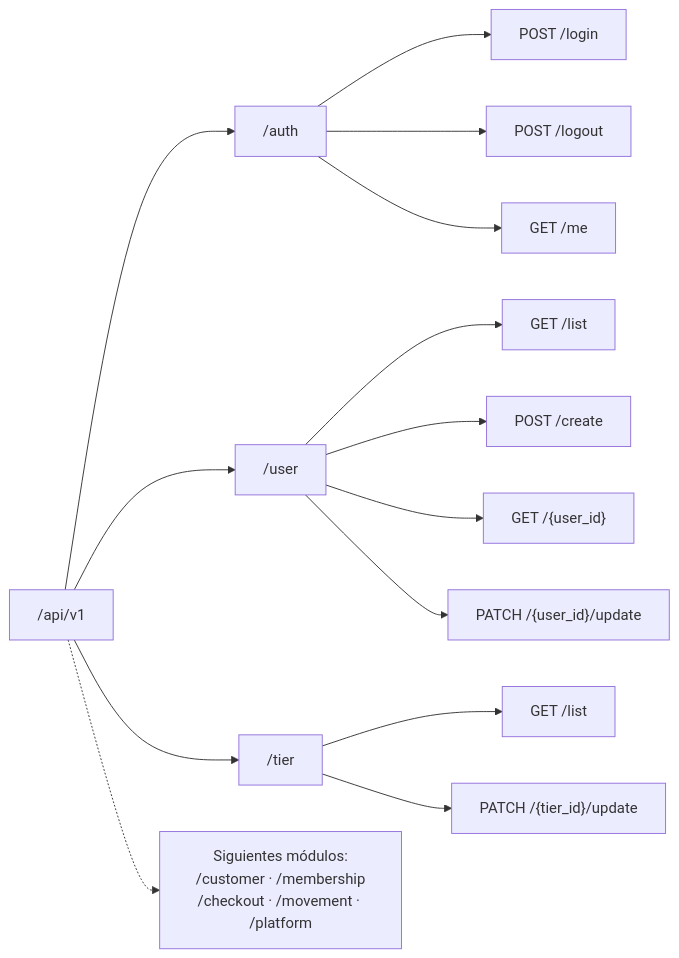
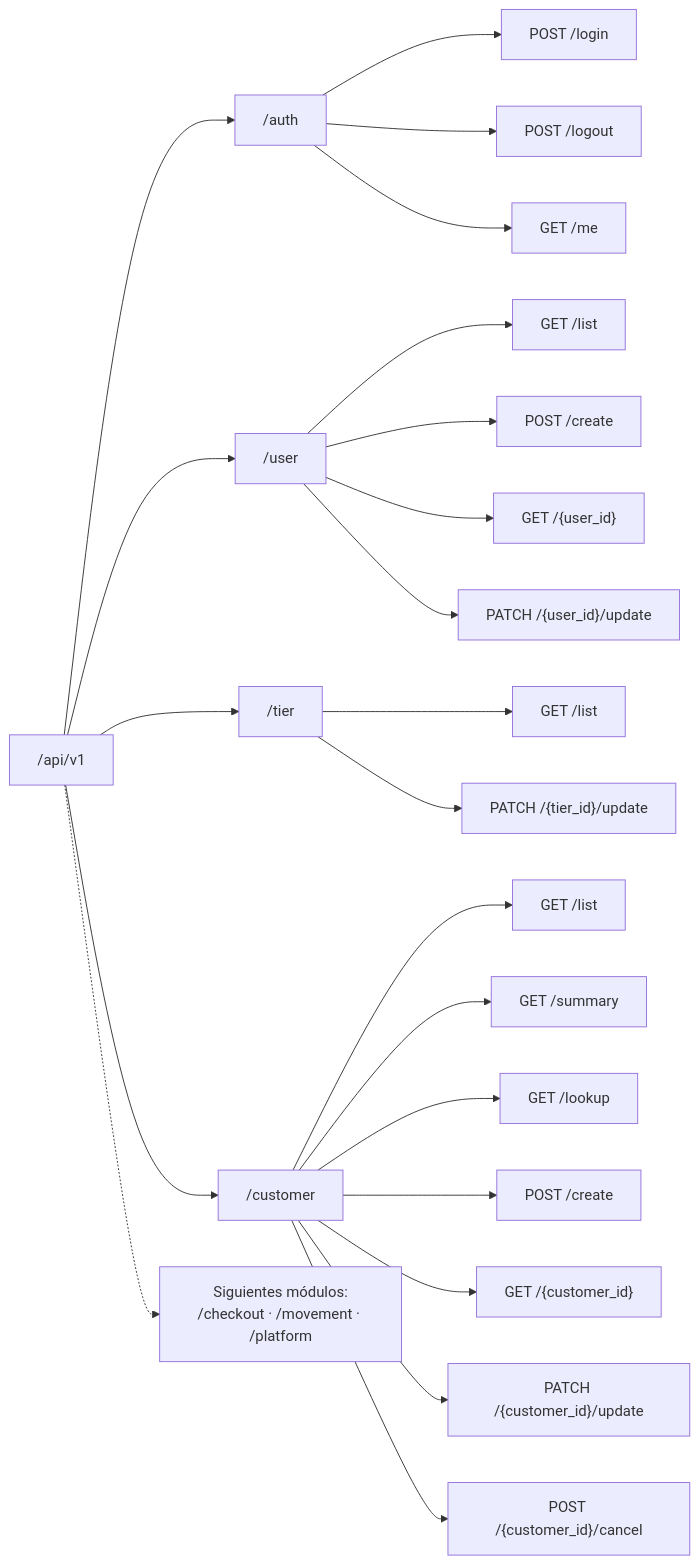
The sixth of 13 diagrams in docs/ARCHITECTURE.md (AGA-Studio/Member-Web), drawn with Mermaid before and after one commit. The commit also changed other lines of this file and 1 other file, not shown here.

````diff
--- a/docs/ARCHITECTURE.md
+++ b/docs/ARCHITECTURE.md
@@ -246,19 +284,28 @@
 ```mermaid
 flowchart LR
     ROOT["/api/v1"] --> AUTH["/auth"]
     ROOT --> USER["/user"]
     ROOT --> TIER["/tier"]
-    ROOT -.-> NEXT["Siguientes módulos:<br/>/customer · /membership<br/>/checkout · /movement · /platform"]
+    ROOT --> CUST["/customer"]
+    ROOT -.-> NEXT["Siguientes módulos:<br/>/checkout · /movement · /platform"]
 
     AUTH --> L["POST /login"]
     AUTH --> LO["POST /logout"]
     AUTH --> ME["GET /me"]
 
     USER --> UL["GET /list"]
     USER --> UC["POST /create"]
     USER --> UG["GET /{user_id}"]
     USER --> UU["PATCH /{user_id}/update"]
 
     TIER --> TL["GET /list"]
     TIER --> TU["PATCH /{tier_id}/update"]
+
+    CUST --> CL["GET /list"]
+    CUST --> CS["GET /summary"]
+    CUST --> CK["GET /lookup"]
+    CUST --> CC["POST /create"]
+    CUST --> CG["GET /{customer_id}"]
+    CUST --> CU["PATCH /{customer_id}/update"]
+    CUST --> CX["POST /{customer_id}/cancel"]
 ```
````
